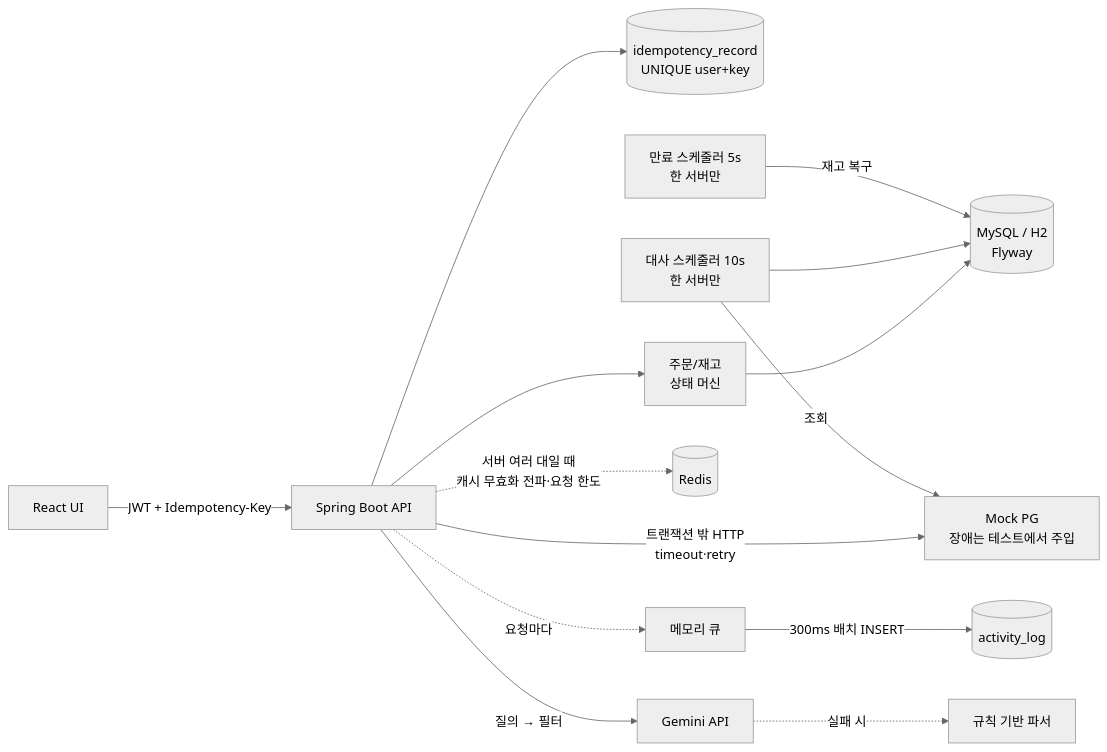
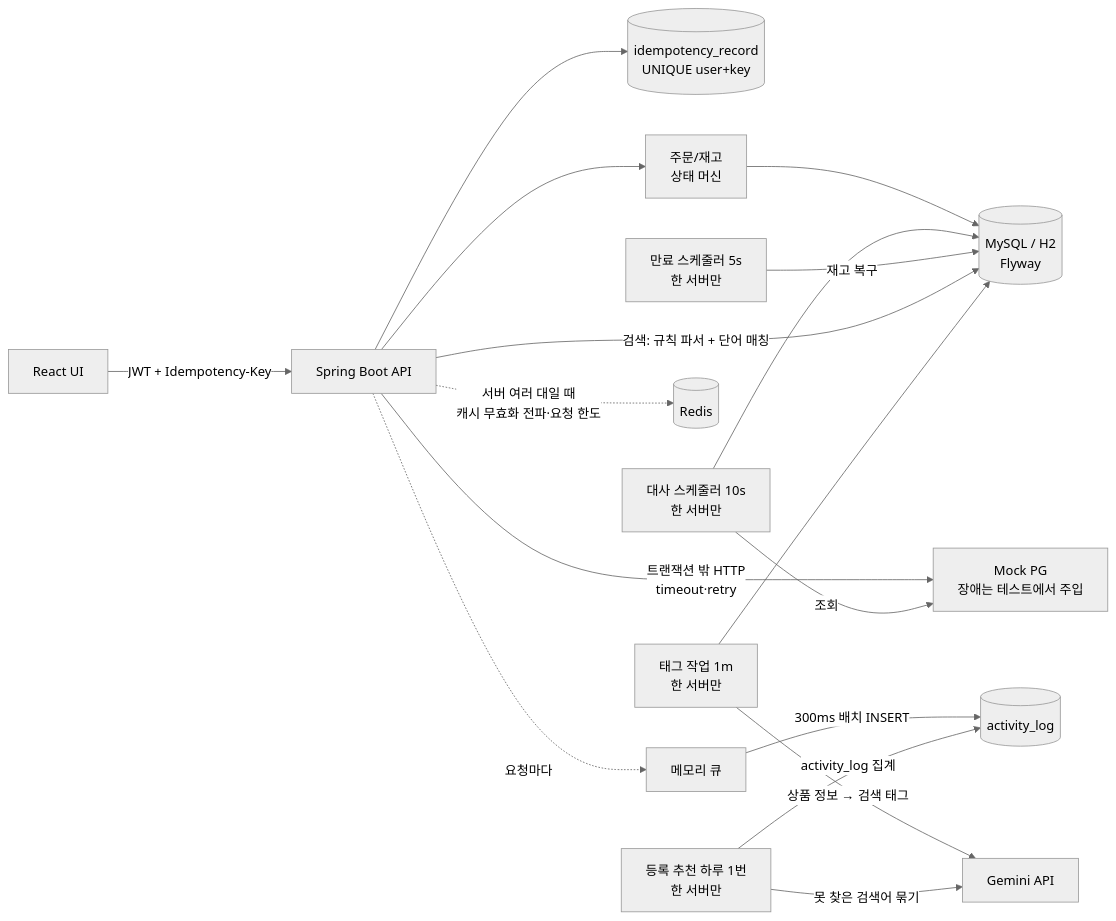
Before and after one commit to parkhh16/flashdeal: the first of 3 diagrams in README.md, drawn with Mermaid (neutral theme). The commit also changed other lines of this file and 2 other files, not shown here.

````diff
--- a/README.md
+++ b/README.md
@@ -114,15 +114,18 @@
 ```mermaid
 flowchart LR
     U[React UI] -->|JWT + Idempotency-Key| API[Spring Boot API]
     API --> IDEM[(idempotency_record<br/>UNIQUE user+key)]
     API --> ORDER[주문/재고<br/>상태 머신]
     ORDER --> DB[(MySQL / H2<br/>Flyway)]
     API -->|트랜잭션 밖 HTTP<br/>timeout·retry| PG[Mock PG<br/>장애는 테스트에서 주입]
     RECON[대사 스케줄러 10s<br/>한 서버만] -->|조회| PG
     RECON --> DB
     EXP[만료 스케줄러 5s<br/>한 서버만] -->|재고 복구| DB
     API -.서버 여러 대일 때<br/>캐시 무효화 전파·요청 한도.-> REDIS[(Redis)]
     API -.요청마다.-> Q[메모리 큐] -->|300ms 배치 INSERT| LOG[(activity_log)]
-    API -->|질의 → 필터| LLM[Gemini API]
-    LLM -.실패 시.-> RULE[규칙 기반 파서]
+    API -->|검색: 규칙 파서 + 단어 매칭| DB
+    TAG[태그 작업 1m<br/>한 서버만] -->|상품 정보 → 검색 태그| LLM[Gemini API]
+    DEM[등록 추천 하루 1번<br/>한 서버만] -->|못 찾은 검색어 묶기| LLM
+    TAG --> DB
+    DEM -->|activity_log 집계| LOG
 ```
````
